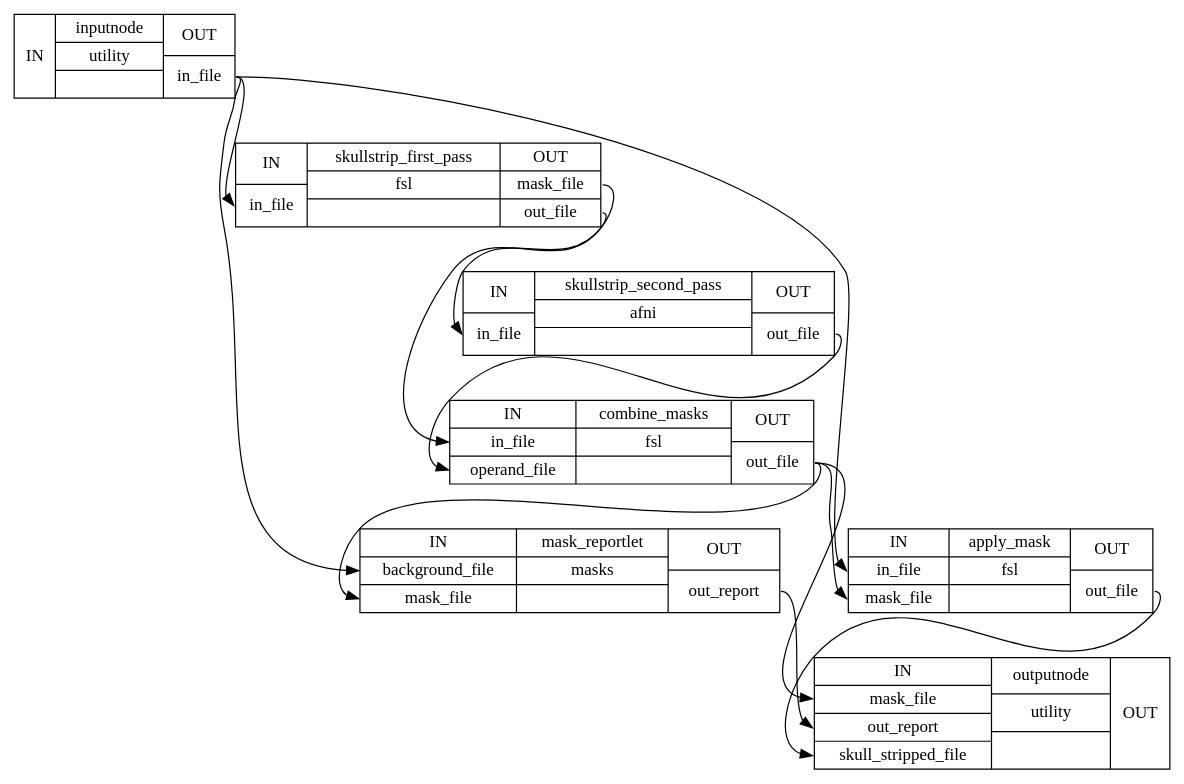
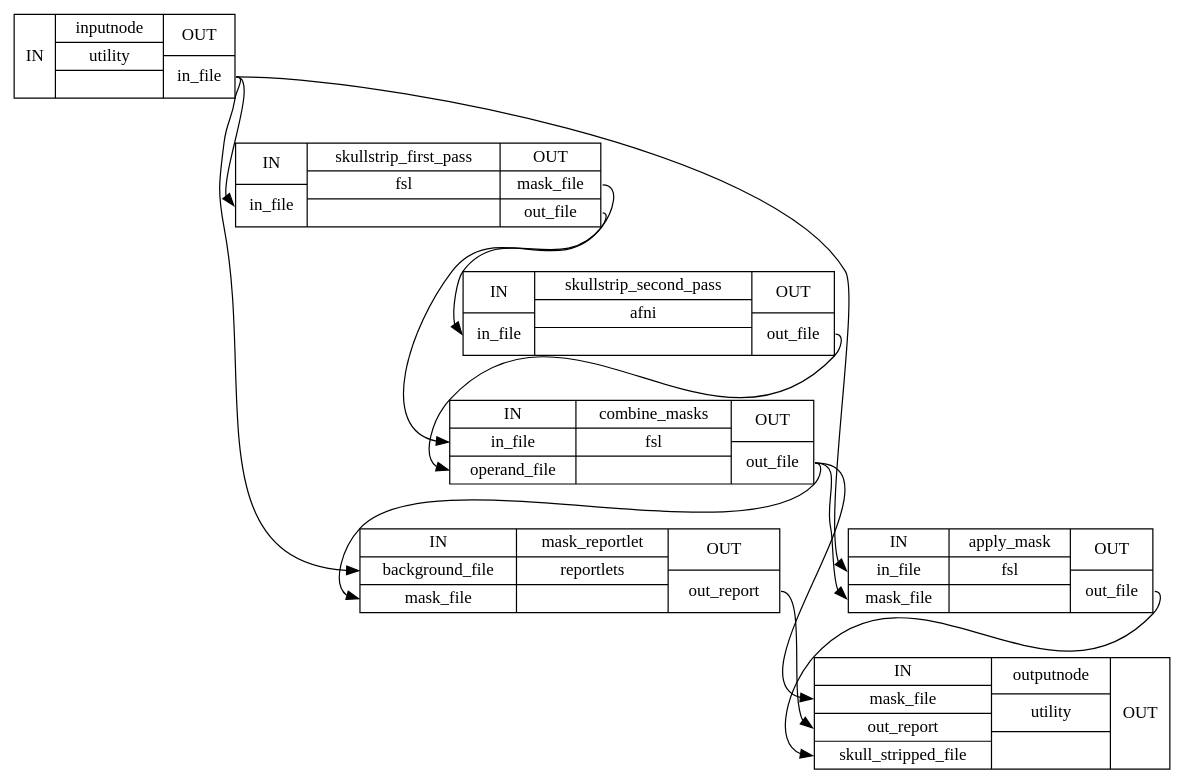
Before and after one commit to notZaki/niworkflows: the diagram in 1.2.0rc3/wf_directive/api/skullstrip_bold_wf/niworkflows-func-util-3_detailed.dot, drawn with Graphviz. The commit also changed 12515 other files, not shown here.

```diff
--- a/1.2.0rc3/wf_directive/api/skullstrip_bold_wf/niworkflows-func-util-3_detailed.dot
+++ b/1.2.0rc3/wf_directive/api/skullstrip_bold_wf/niworkflows-func-util-3_detailed.dot
@@ -1,21 +1,21 @@
 digraph structs {
 node [shape=record];
 skullstrip_bold_wfinputnode [label="{IN}|{ inputnode | utility |  }|{OUT|<outinfile> in_file}"];
 skullstrip_bold_wfskullstrip_first_pass [label="{IN|<ininfile> in_file}|{ skullstrip_first_pass | fsl |  }|{OUT|<outmaskfile> mask_file|<outoutfile> out_file}"];
 skullstrip_bold_wfskullstrip_second_pass [label="{IN|<ininfile> in_file}|{ skullstrip_second_pass | afni |  }|{OUT|<outoutfile> out_file}"];
 skullstrip_bold_wfcombine_masks [label="{IN|<ininfile> in_file|<inoperandfile> operand_file}|{ combine_masks | fsl |  }|{OUT|<outoutfile> out_file}"];
-skullstrip_bold_wfmask_reportlet [label="{IN|<inbackgroundfile> background_file|<inmaskfile> mask_file}|{ mask_reportlet | masks |  }|{OUT|<outoutreport> out_report}"];
+skullstrip_bold_wfmask_reportlet [label="{IN|<inbackgroundfile> background_file|<inmaskfile> mask_file}|{ mask_reportlet | reportlets |  }|{OUT|<outoutreport> out_report}"];
 skullstrip_bold_wfapply_mask [label="{IN|<ininfile> in_file|<inmaskfile> mask_file}|{ apply_mask | fsl |  }|{OUT|<outoutfile> out_file}"];
 skullstrip_bold_wfoutputnode [label="{IN|<inmaskfile> mask_file|<inoutreport> out_report|<inskullstrippedfile> skull_stripped_file}|{ outputnode | utility |  }|{OUT}"];
 skullstrip_bold_wfapply_mask:outoutfile:e -> skullstrip_bold_wfoutputnode:inskullstrippedfile:w;
 skullstrip_bold_wfcombine_masks:outoutfile:e -> skullstrip_bold_wfapply_mask:inmaskfile:w;
 skullstrip_bold_wfcombine_masks:outoutfile:e -> skullstrip_bold_wfmask_reportlet:inmaskfile:w;
 skullstrip_bold_wfcombine_masks:outoutfile:e -> skullstrip_bold_wfoutputnode:inmaskfile:w;
 skullstrip_bold_wfinputnode:outinfile:e -> skullstrip_bold_wfapply_mask:ininfile:w;
 skullstrip_bold_wfinputnode:outinfile:e -> skullstrip_bold_wfmask_reportlet:inbackgroundfile:w;
 skullstrip_bold_wfinputnode:outinfile:e -> skullstrip_bold_wfskullstrip_first_pass:ininfile:w;
 skullstrip_bold_wfmask_reportlet:outoutreport:e -> skullstrip_bold_wfoutputnode:inoutreport:w;
 skullstrip_bold_wfskullstrip_first_pass:outmaskfile:e -> skullstrip_bold_wfcombine_masks:ininfile:w;
 skullstrip_bold_wfskullstrip_first_pass:outoutfile:e -> skullstrip_bold_wfskullstrip_second_pass:ininfile:w;
 skullstrip_bold_wfskullstrip_second_pass:outoutfile:e -> skullstrip_bold_wfcombine_masks:inoperandfile:w;
 }
```
